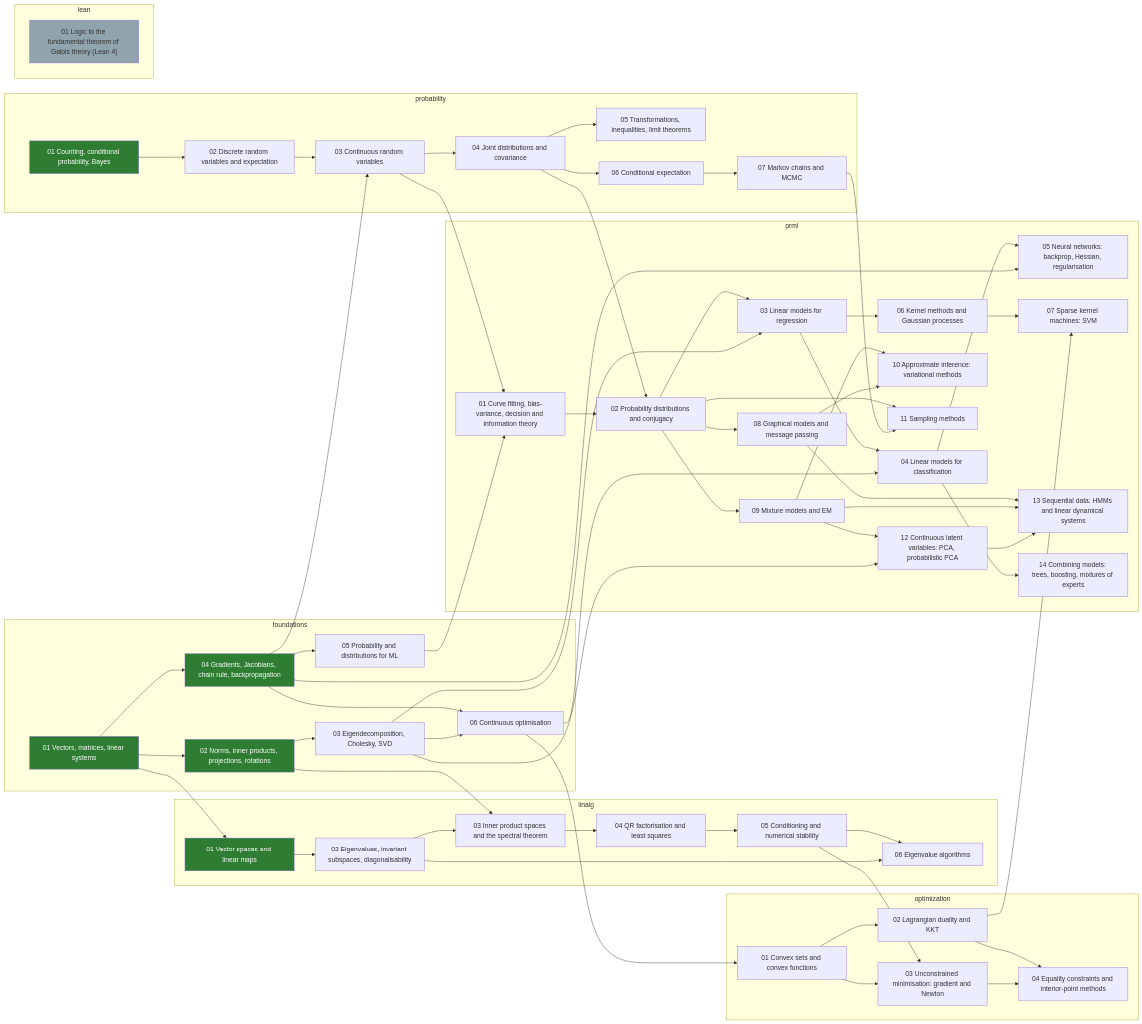
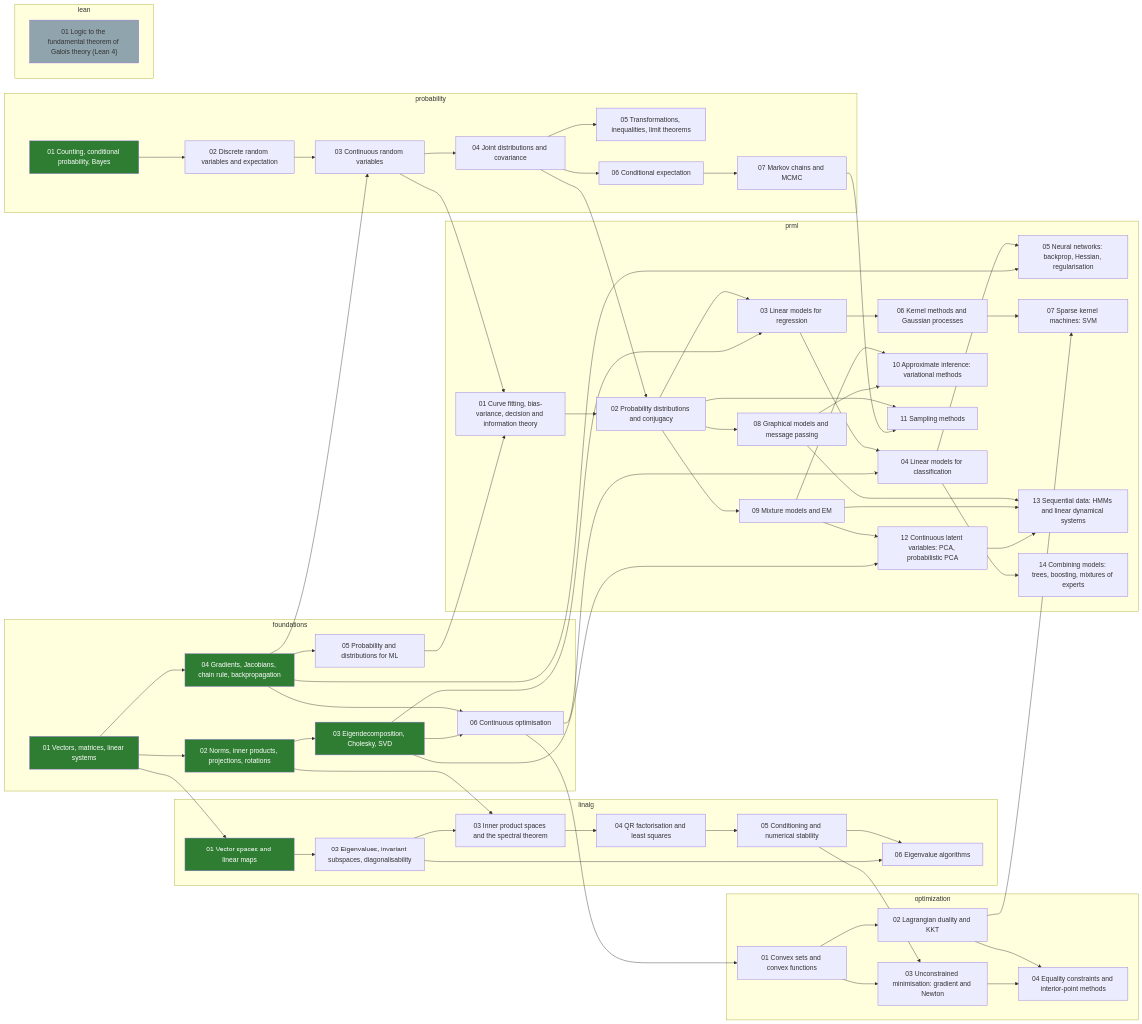
Before and after one commit to alektebel/learn-stuff-from-scratch: the diagram in skill-tree/README.md, drawn with Mermaid. The commit also changed other lines of this file and 8 other files, not shown here.

First line of the commit message:
math: build foundations-03-matrix-decompositions

```diff
--- a/skill-tree/README.md
+++ b/skill-tree/README.md
@@ -67,7 +67,7 @@
   subgraph foundations
     foundations-01-linear-algebra["01 Vectors, matrices, linear systems"]:::done
     foundations-02-analytic-geometry["02 Norms, inner products, projections, rotations"]:::done
-    foundations-03-matrix-decompositions["03 Eigendecomposition, Cholesky, SVD"]
+    foundations-03-matrix-decompositions["03 Eigendecomposition, Cholesky, SVD"]:::done
     foundations-04-vector-calculus["04 Gradients, Jacobians, chain rule, backpropagation"]:::done
     foundations-05-probability["05 Probability and distributions for ML"]
     foundations-06-optimization["06 Continuous optimisation"]
```
